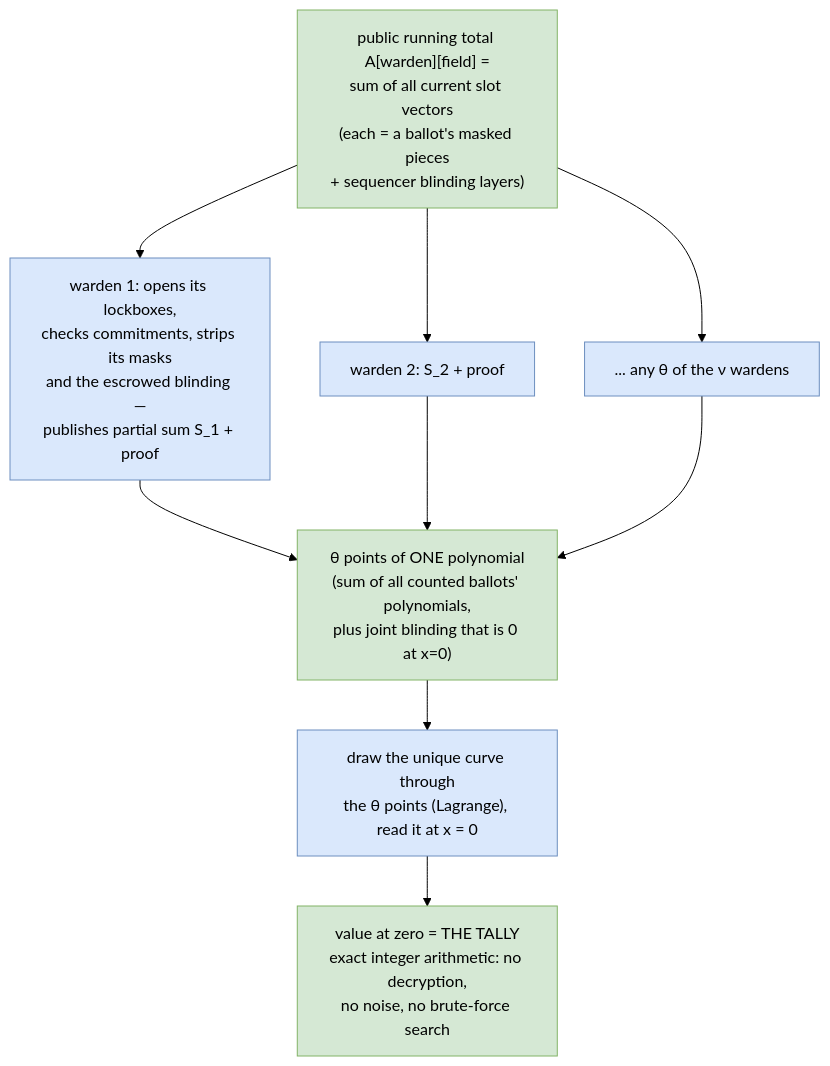
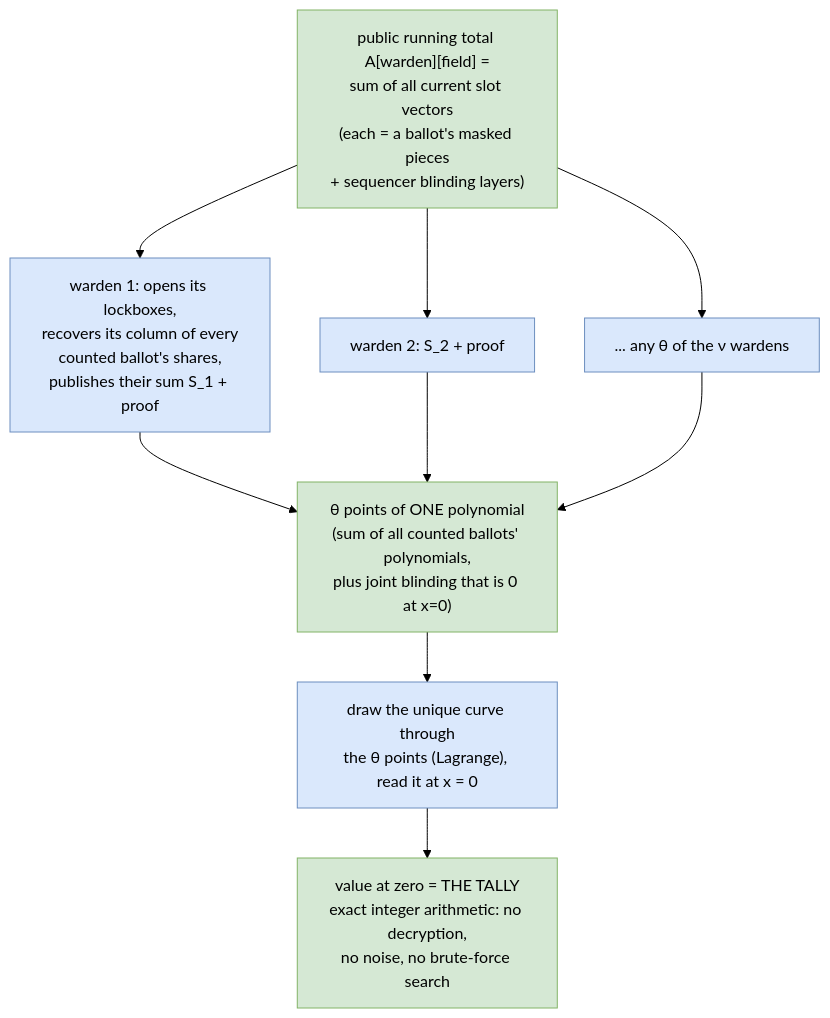
Before and after one commit to vocdoni/davinci-paper: the diagram in v3-pq/figures/src/tally-algebra.mmd, drawn with Mermaid (forest theme). The commit also changed 6 other files, not shown here.

```diff
--- a/v3-pq/figures/src/tally-algebra.mmd
+++ b/v3-pq/figures/src/tally-algebra.mmd
@@ -1,12 +1,12 @@
 flowchart TD
   classDef pub fill:#d5e8d4,stroke:#82b366;
   classDef op fill:#dae8fc,stroke:#6c8ebf;
   A["public running total A[warden][field] =<br/>sum of all current slot vectors<br/>(each = a ballot's masked pieces<br/>+ sequencer blinding layers)"]:::pub
-  A --> W1["warden 1: opens its lockboxes,<br/>checks commitments, strips its masks<br/>and the escrowed blinding —<br/>publishes partial sum S_1 + proof"]:::op
+  A --> W1["warden 1: opens its lockboxes,<br/>recovers its column of every<br/>counted ballot's shares,<br/>publishes their sum S_1 + proof"]:::op
   A --> W2["warden 2: S_2 + proof"]:::op
   A --> W3["... any θ of the ν wardens"]:::op
   W1 --> P["θ points of ONE polynomial<br/>(sum of all counted ballots' polynomials,<br/>plus joint blinding that is 0 at x=0)"]:::pub
   W2 --> P
   W3 --> P
   P --> L["draw the unique curve through<br/>the θ points (Lagrange), read it at x = 0"]:::op
   L --> T["value at zero = THE TALLY<br/>exact integer arithmetic: no decryption,<br/>no noise, no brute-force search"]:::pub
```
